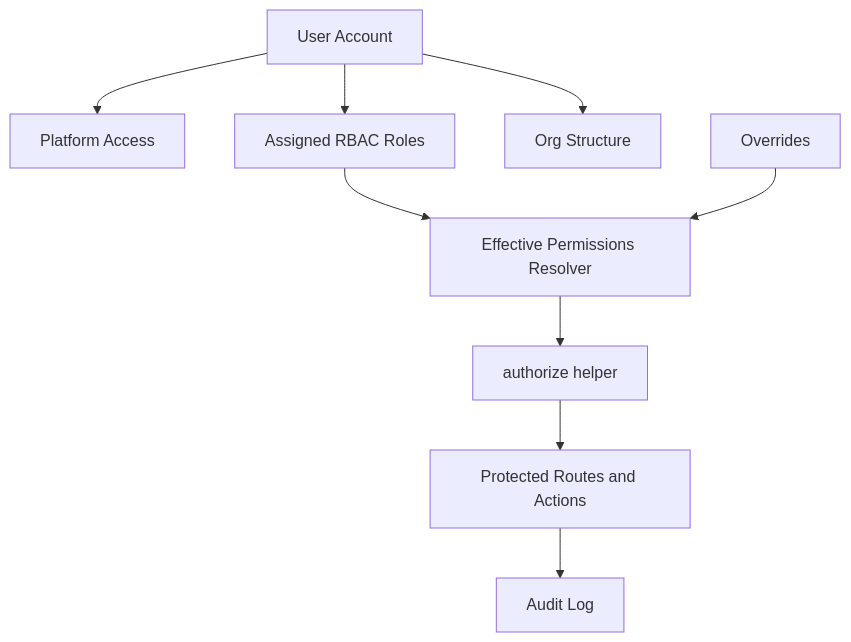
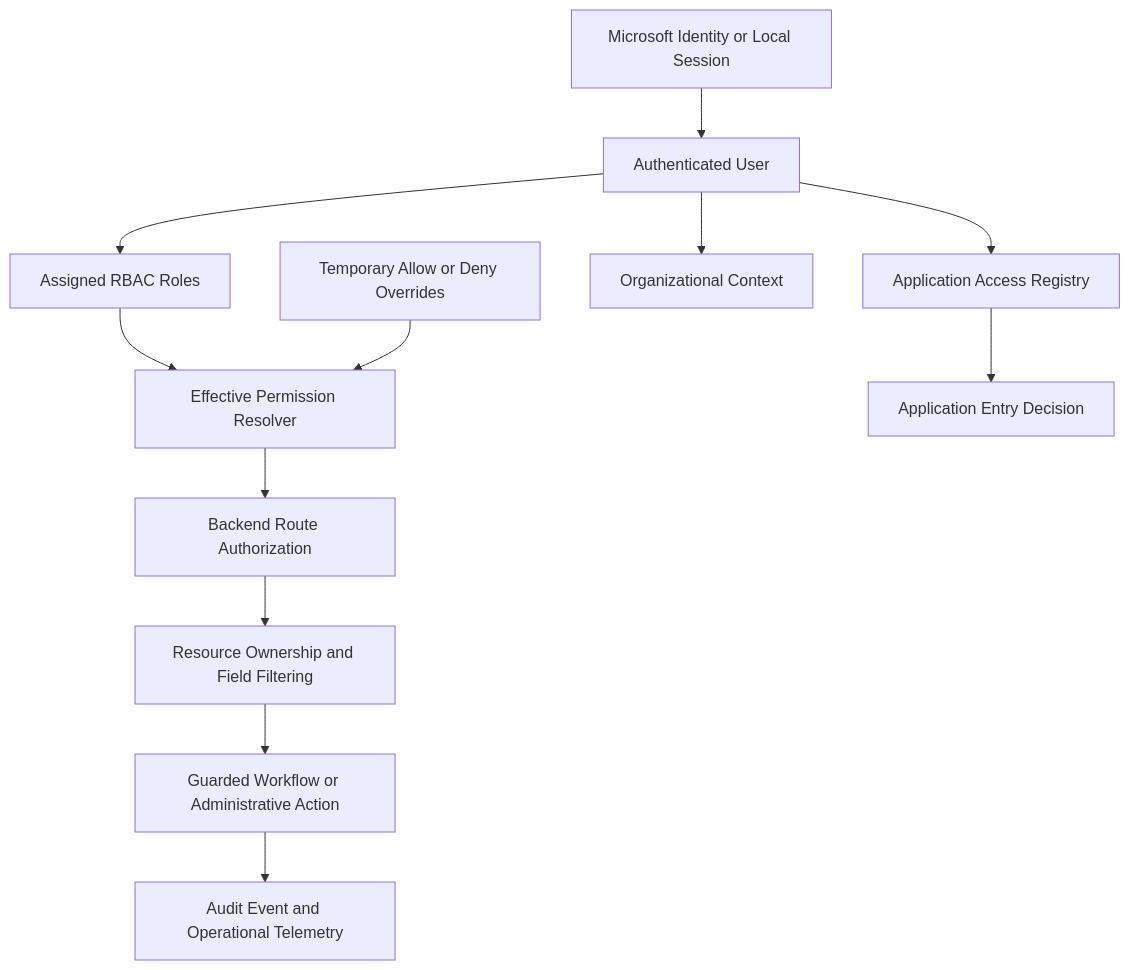
One commit to C-amm-W/cybersecurity-portfolio changed the diagram in fence-wizard-rbac-security-hardening/README.md. Above: the diagram before and after it, drawn with Mermaid. The commit also changed other lines of this file, not shown here.

Commit message:
Refresh RBAC hardening documentation to current implementation state

````diff
--- a/fence-wizard-rbac-security-hardening/README.md
+++ b/fence-wizard-rbac-security-hardening/README.md
@@ -35,11 +36,14 @@
 ```mermaid
 flowchart TD
-    A[User Account] --> B[Platform Access]
-    A --> C[Assigned RBAC Roles]
-    A --> D[Org Structure]
-    C --> E[Effective Permissions Resolver]
-    F[Overrides] --> E
-    E --> G[authorize helper]
-    G --> H[Protected Routes and Actions]
-    H --> I[Audit Log]
+    A[Microsoft Identity or Local Session] --> B[Authenticated User]
+    B --> C[Application Access Registry]
+    B --> D[Assigned RBAC Roles]
+    B --> E[Organizational Context]
+    D --> F[Effective Permission Resolver]
+    G[Temporary Allow or Deny Overrides] --> F
+    C --> H[Application Entry Decision]
+    F --> I[Backend Route Authorization]
+    I --> J[Resource Ownership and Field Filtering]
+    J --> K[Guarded Workflow or Administrative Action]
+    K --> L[Audit Event and Operational Telemetry]
 ```
````
